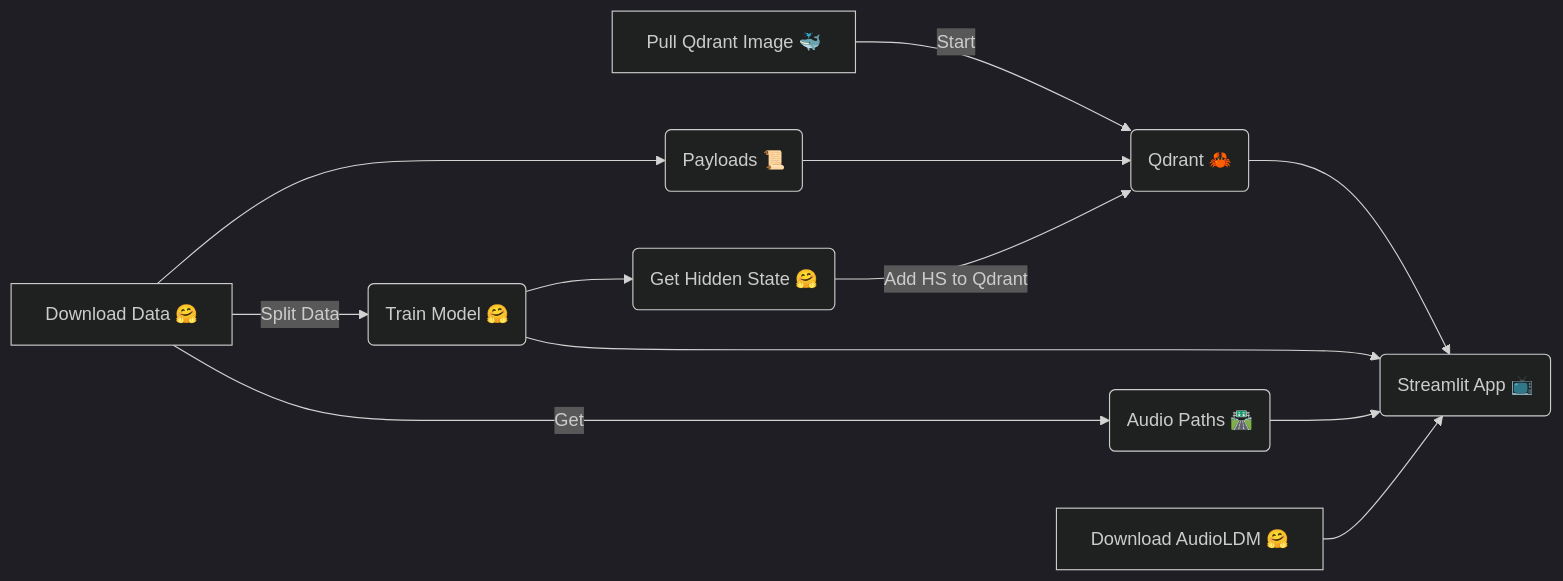
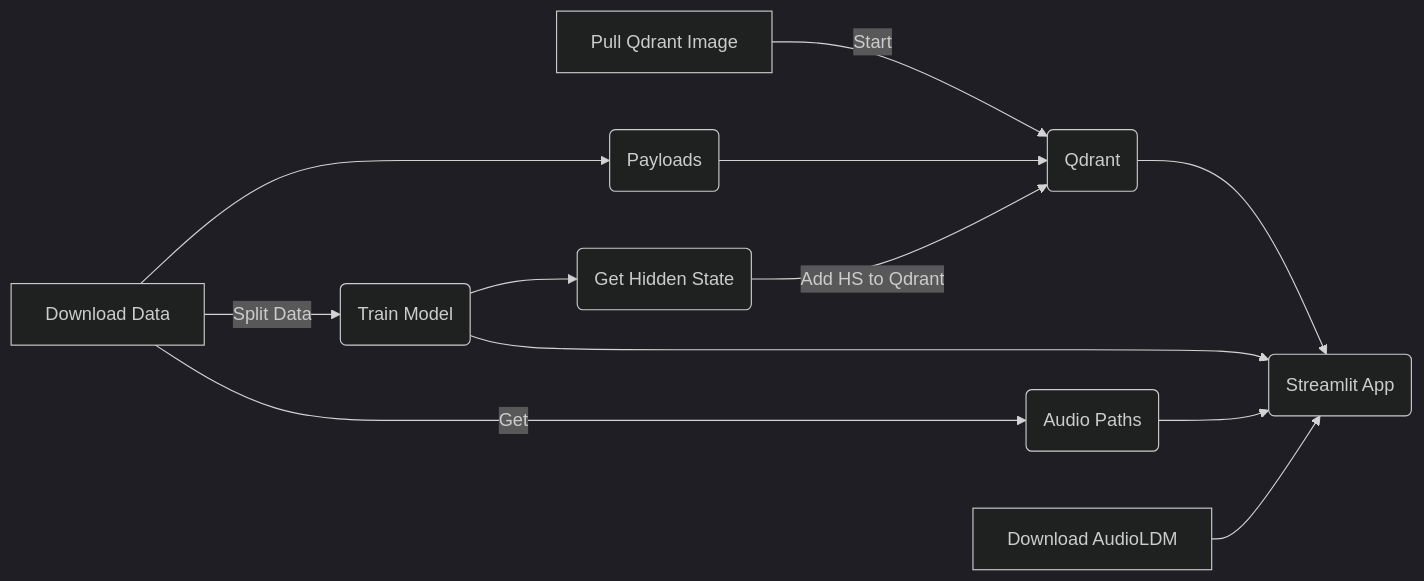
The diagram in README.md (ramonpzg/audiodb), drawn with Mermaid (dark theme) before and after one commit.

Commit message:
emojis out, not supported on mermaid

````diff
--- a/README.md
+++ b/README.md
@@ -17,14 +17,14 @@
 ```mermaid
 flowchart LR
-    J[Pull Qdrant Image 🐳] -->|Start| K(Qdrant 🦀)
+    J[Pull Qdrant Image] -->|Start| K(Qdrant)
     H --> K
-    A[Download Data 🤗] -->|Split Data| B(Train Model 🤗)
-    B --> C(Get Hidden State 🤗)
+    A[Download Data] -->|Split Data| B(Train Model)
+    B --> C(Get Hidden State)
     C -->|Add HS to Qdrant| K
-    K --> D(Streamlit App 📺)
+    K --> D(Streamlit App)
     B --> D
-    A -->|Get| F(Audio Paths 🛣️)
+    A -->|Get| F(Audio Paths)
     F --> D
-    G[Download AudioLDM 🤗] --> D
-    A --> H(Payloads 📜)
+    G[Download AudioLDM] --> D
+    A --> H(Payloads)
 ```
````
